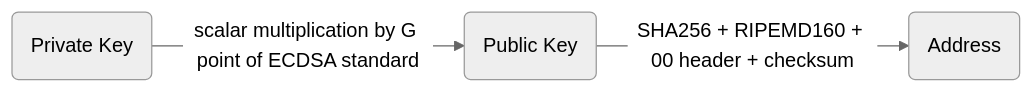
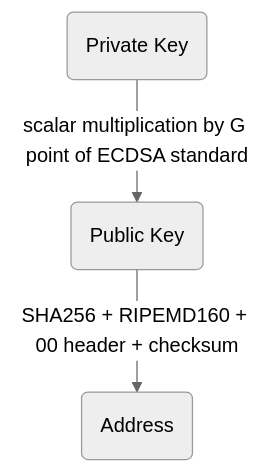
The first of 3 diagrams in README.md (oliviertm/BitcoinEcdsa), drawn with Mermaid (neutral theme) before and after one commit. The commit also changed other lines of this file, not shown here.

````diff
--- a/README.md
+++ b/README.md
@@ -22,5 +22,5 @@
 ```mermaid
-graph LR;
+graph TD;
     PVK(Private Key)-->|scalar multiplication by G point of ECDSA standard| PBK(Public Key);
     PBK-->|SHA256 + RIPEMD160 + 00 header + checksum| PBK256(Address);
 ```
````
